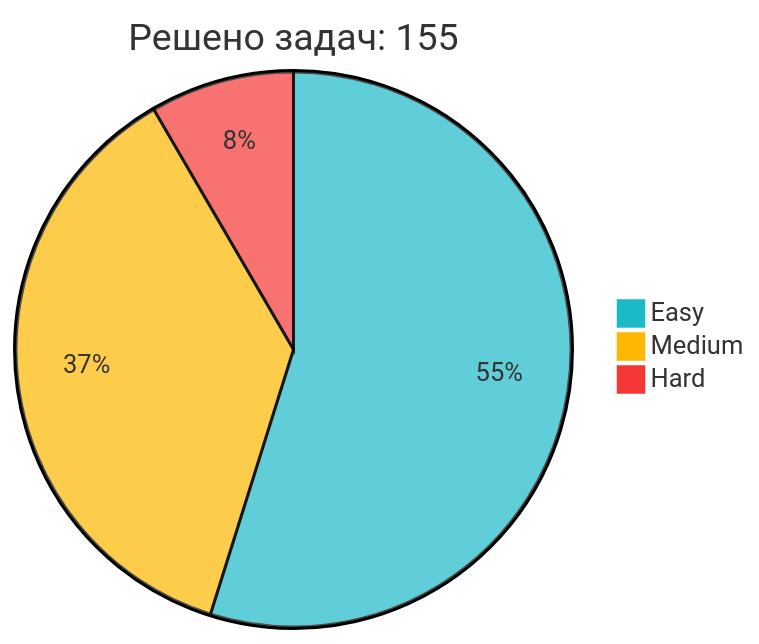
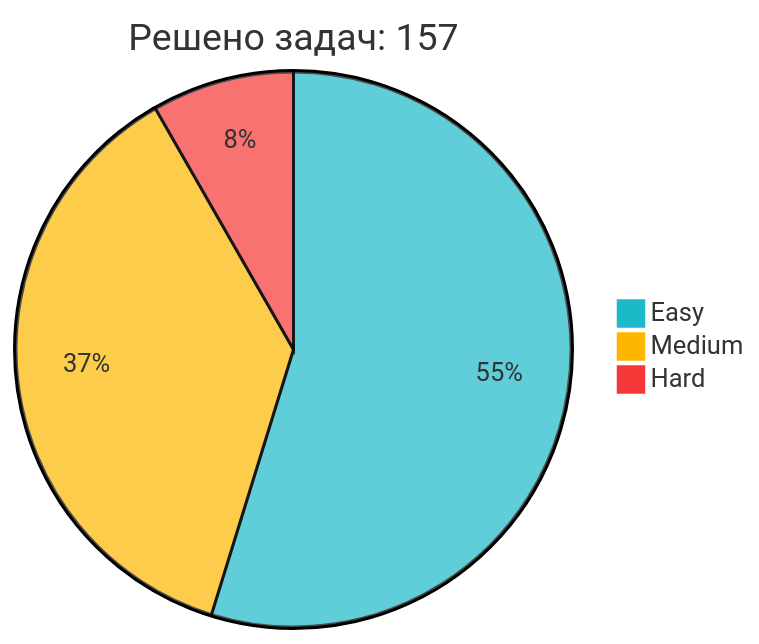
The diagram in README.md (IliaKurdukov/IliaKurdukov), drawn with Mermaid before and after one commit. The commit also changed other lines of this file, not shown here.

Commit message:
📈 Обновление статистики LeetCode

````diff
--- a/README.md
+++ b/README.md
@@ -51,7 +51,7 @@
 ```mermaid
 %%{init: {'theme': 'base', 'themeVariables': { 'pie1': '#1CBAC8', 'pie2': '#FEB700', 'pie3': '#F63737' }, 'config': {'width': 300, 'height': 200}}}%%
-pie title Решено задач: 155
-   "Easy" : 85
-   "Medium" : 57
+pie title Решено задач: 157
+   "Easy" : 86
+   "Medium" : 58
    "Hard" : 13
 ```
````
